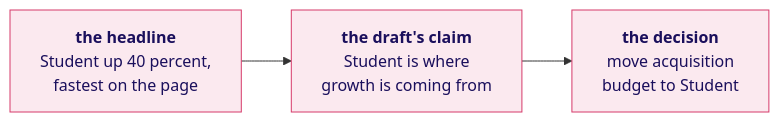
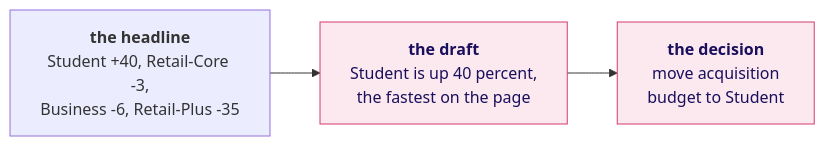
One commit to fde-academy-lab/c2-content-factory changed diagram 21 of 32 in content/W01/D4/slides/C2_W01_D04_half1_STUDENT.md. Above: the diagram before and after it, drawn with Mermaid. The commit also changed other lines of this file and 13 other files, not shown here.

````diff
--- a/content/W01/D4/slides/C2_W01_D04_half1_STUDENT.md
+++ b/content/W01/D4/slides/C2_W01_D04_half1_STUDENT.md
@@ -717,7 +848,7 @@
 ```mermaid
 flowchart LR
-    H["<b>the headline</b><br/>Student up 40 percent,<br/>fastest on the page"] --> C["<b>the draft's claim</b><br/>Student is where<br/>growth is coming from"]
+    H["<b>the headline</b><br/>Student +40, Retail-Core -3,<br/>Business -6, Retail-Plus -35"] --> C["<b>the draft</b><br/>Student is up 40 percent,<br/>the fastest on the page"]
     C --> D["<b>the decision</b><br/>move acquisition<br/>budget to Student"]
     classDef bad fill:#FBE9EF,stroke:#D63A6A,color:#1A0F5C
-    class H,C,D bad
+    class C,D bad
 ```
````
